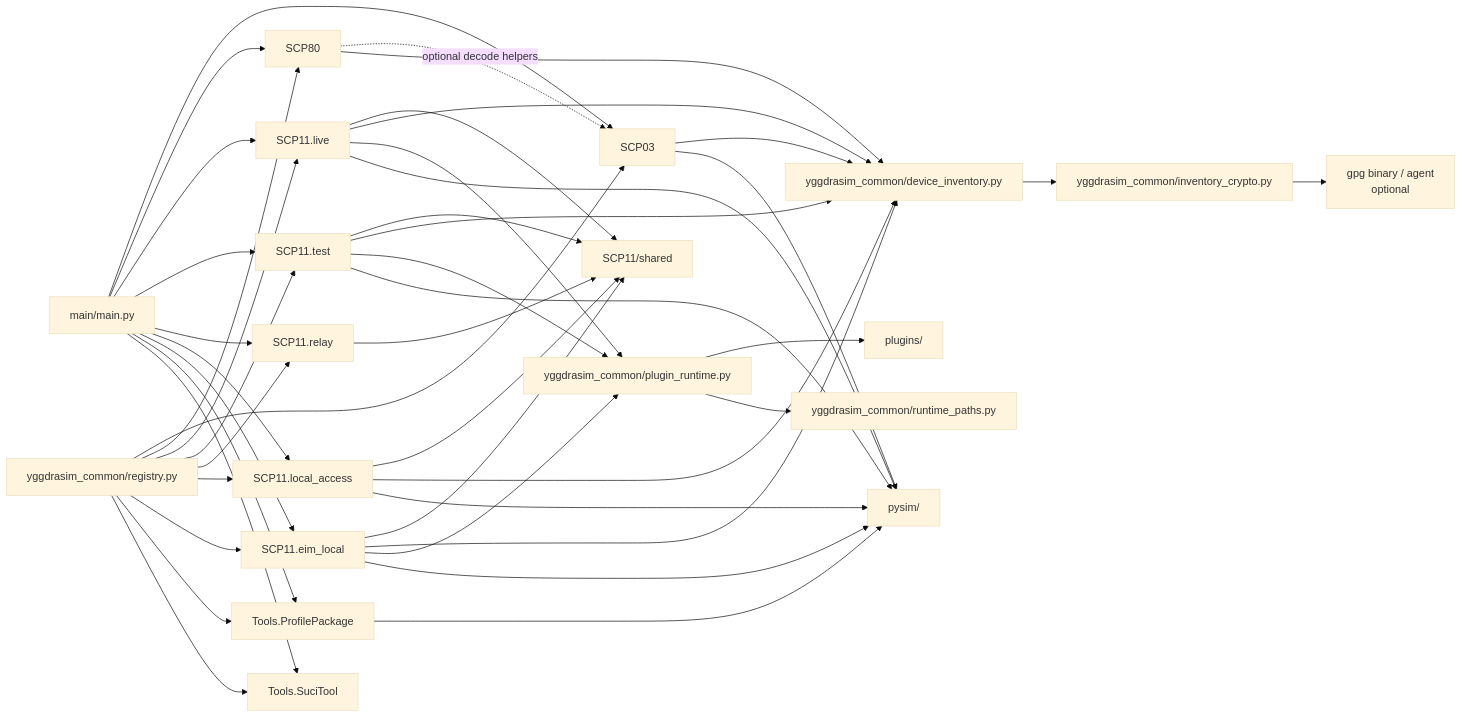
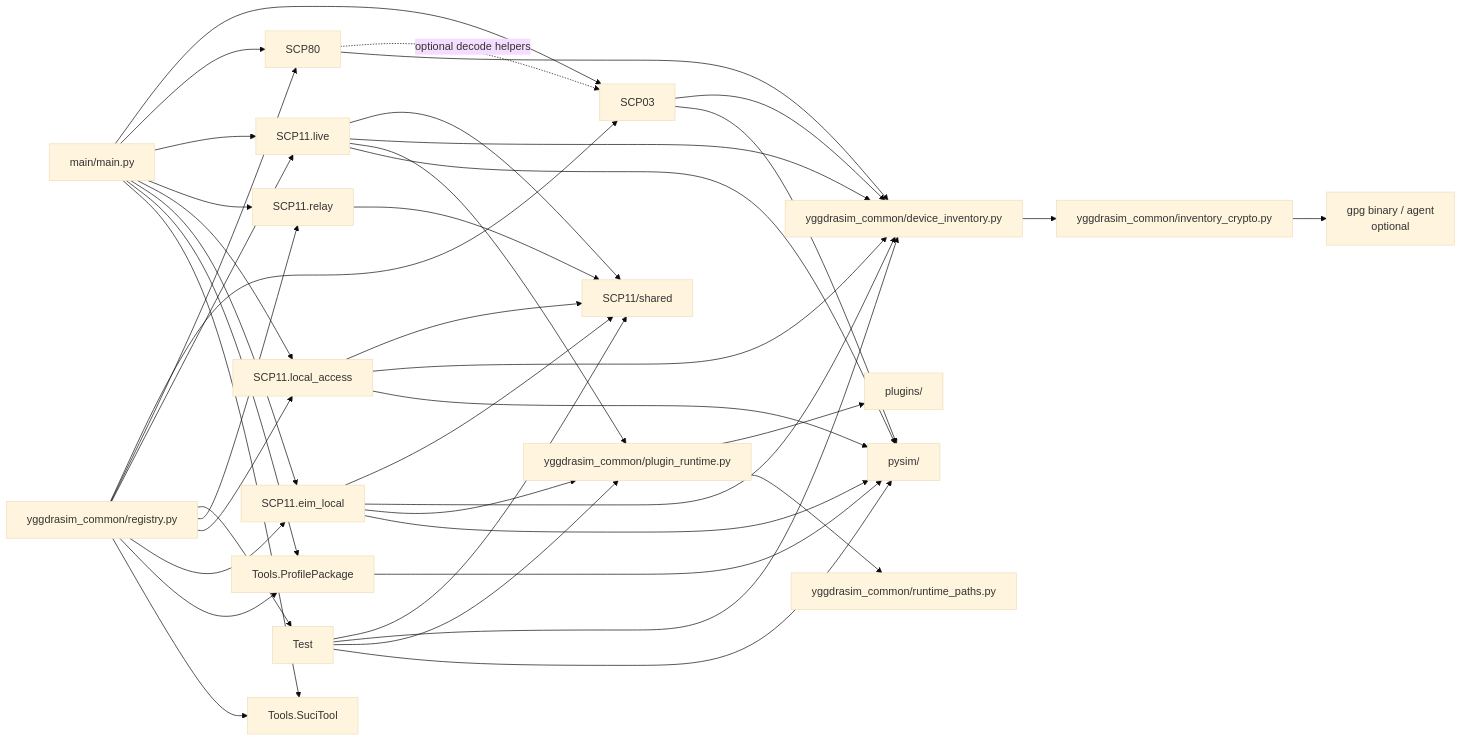
The third of 12 diagrams in guides/ARCHITECTURE.md (1oT/YggdraSIM), drawn with Mermaid (base theme) before and after one commit. The commit also changed other lines of this file and 341 other files, not shown here.

````diff
--- a/guides/ARCHITECTURE.md
+++ b/guides/ARCHITECTURE.md
@@ -173,53 +171,52 @@
 ```mermaid
 flowchart LR
     Main["main/main.py"] --> SCP03["SCP03"]
     Main --> SCP80["SCP80"]
     Main --> Live["SCP11.live"]
-    Main --> Test["SCP11.test"]
     Main --> Relay["SCP11.relay"]
     Main --> Local["SCP11.local_access"]
     Main --> EimLocal["SCP11.eim_local"]
     Main --> Profile["Tools.ProfilePackage"]
     Main --> Suci["Tools.SuciTool"]
 
     Registry["yggdrasim_common/registry.py"] --> SCP03
     Registry --> SCP80
     Registry --> Live
     Registry --> Test
     Registry --> Relay
     Registry --> Local
     Registry --> EimLocal
     Registry --> Profile
     Registry --> Suci
 
     SCP80 -. optional decode helpers .-> SCP03
 
     Live --> Shared["SCP11/shared"]
     Test --> Shared
     Relay --> Shared
     Local --> Shared
     EimLocal --> Shared
 
     SCP03 --> Inventory["yggdrasim_common/device_inventory.py"]
     SCP80 --> Inventory
     Live --> Inventory
     Test --> Inventory
     Local --> Inventory
     EimLocal --> Inventory
 
     Inventory --> Crypto["yggdrasim_common/inventory_crypto.py"]
     Crypto --> Gpg["gpg binary / agent<br/>optional"]
 
     Live --> PluginRuntime["yggdrasim_common/plugin_runtime.py"]
     Test --> PluginRuntime
     EimLocal --> PluginRuntime
     PluginRuntime --> Plugins["plugins/"]
     PluginRuntime --> RuntimePaths["yggdrasim_common/runtime_paths.py"]
 
     SCP03 --> PySim["pysim/"]
     Live --> PySim
     Test --> PySim
     Local --> PySim
     EimLocal --> PySim
     Profile --> PySim
 ```
````
